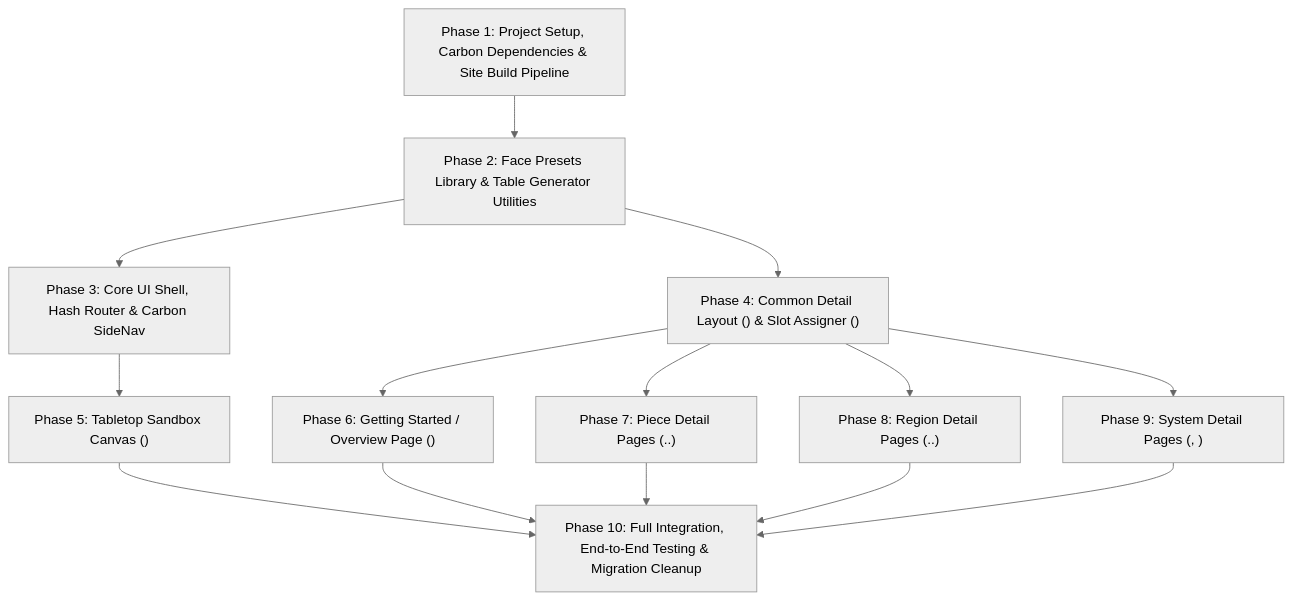
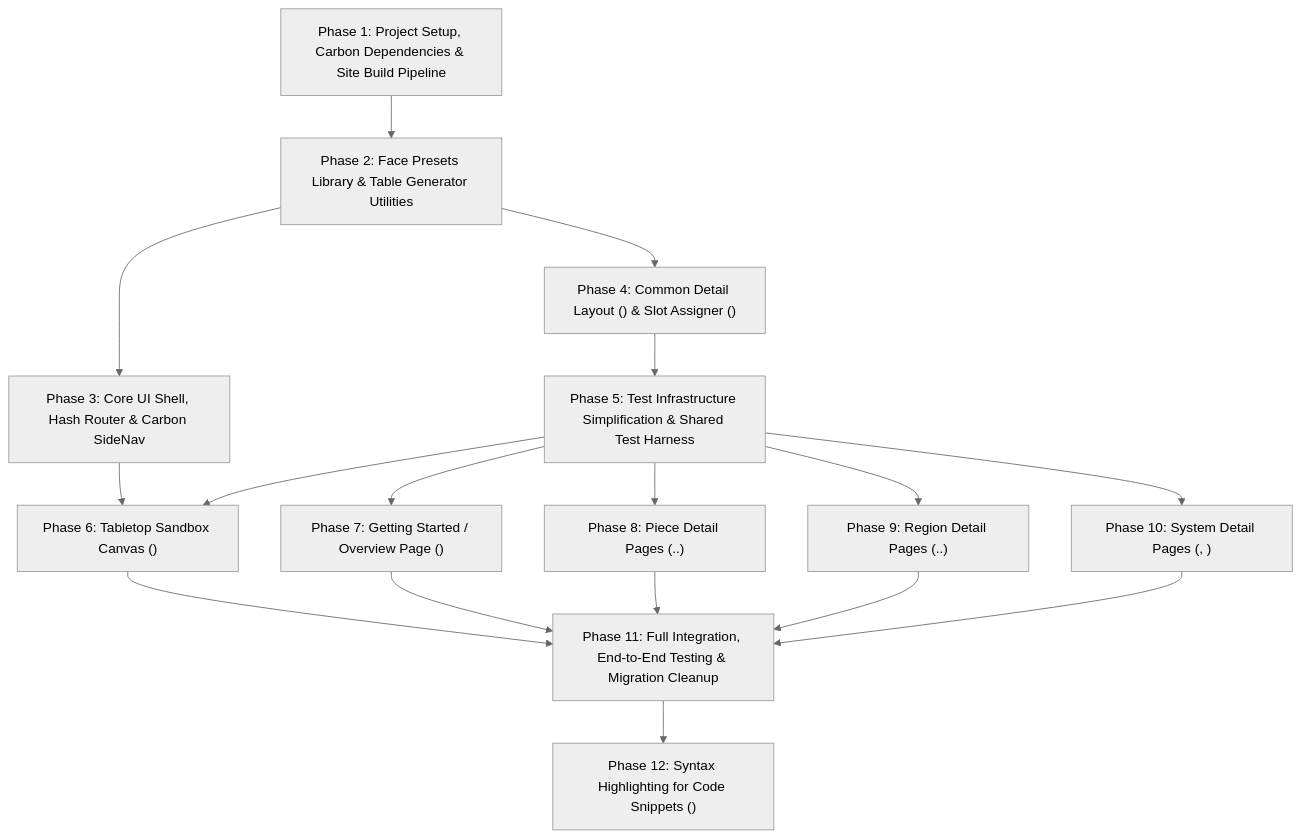
One commit to garysoed/protoboard3 changed the diagram in docs/bohnanza.impl.md. Above: the diagram before and after it, drawn with Mermaid (neutral theme). The commit also changed other lines of this file and 47 other files, not shown here.

First line of the commit message:
feat: implement detail layout and slot assigner components for docs explorer

````diff
--- a/docs/bohnanza.impl.md
+++ b/docs/bohnanza.impl.md
@@ -9,16 +9,19 @@
 ```mermaid
 graph TD
     P1["Phase 1: Project Setup, Carbon Dependencies & Site Build Pipeline"] --> P2["Phase 2: Face Presets Library & Table Generator Utilities"]
     P2 --> P3["Phase 3: Core UI Shell, Hash Router & Carbon SideNav"]
     P2 --> P4["Phase 4: Common Detail Layout (<pbd-detail-layout>) & Slot Assigner (<pbd-slot-assigner>)"]
-    P3 --> P5["Phase 5: Tabletop Sandbox Canvas (<pbd-sandbox-pane>)"]
-    P4 --> P6["Phase 6: Getting Started / Overview Page (<pbd-page-overview>)"]
-    P4 --> P7["Phase 7: Piece Detail Pages (<pbd-page-d1>..<pbd-page-dn>)"]
-    P4 --> P8["Phase 8: Region Detail Pages (<pbd-page-slot>..<pbd-page-chute>)"]
-    P4 --> P9["Phase 9: System Detail Pages (<pbd-page-hand-overlay>, <pbd-page-action-popup>)"]
-    P5 --> P10["Phase 10: Full Integration, End-to-End Testing & Migration Cleanup"]
-    P6 --> P10
-    P7 --> P10
-    P8 --> P10
-    P9 --> P10
+    P4 --> P5["Phase 5: Test Infrastructure Simplification & Shared Test Harness"]
+    P3 --> P6["Phase 6: Tabletop Sandbox Canvas (<pbd-sandbox-pane>)"]
+    P5 --> P6
+    P5 --> P7["Phase 7: Getting Started / Overview Page (<pbd-page-overview>)"]
+    P5 --> P8["Phase 8: Piece Detail Pages (<pbd-page-d1>..<pbd-page-dn>)"]
+    P5 --> P9["Phase 9: Region Detail Pages (<pbd-page-slot>..<pbd-page-chute>)"]
+    P5 --> P10["Phase 10: System Detail Pages (<pbd-page-hand-overlay>, <pbd-page-action-popup>)"]
+    P6 --> P11["Phase 11: Full Integration, End-to-End Testing & Migration Cleanup"]
+    P7 --> P11
+    P8 --> P11
+    P9 --> P11
+    P10 --> P11
+    P11 --> P12["Phase 12: Syntax Highlighting for Code Snippets (<cds-code-snippet>)"]
 ```
````
